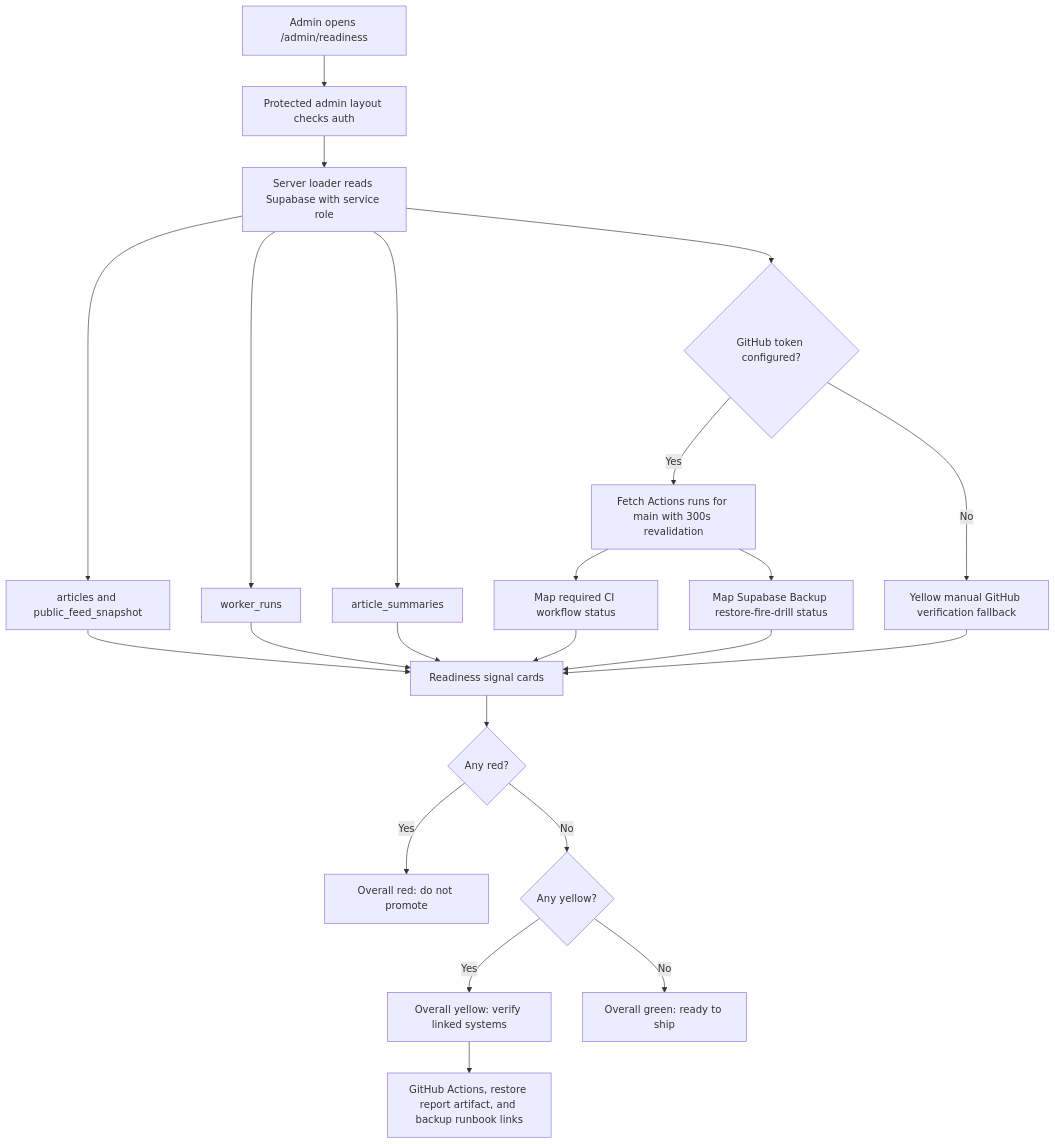
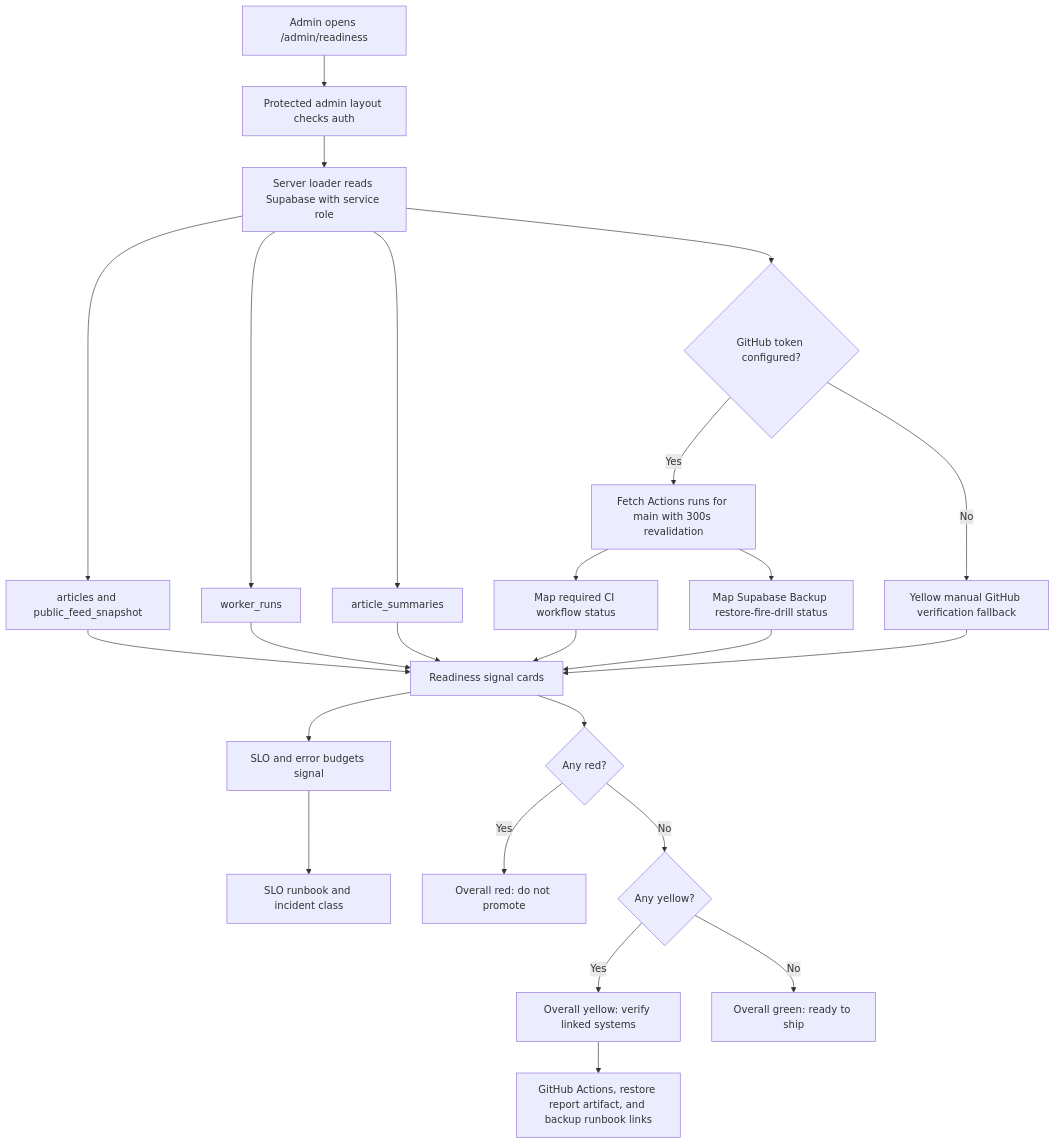
Before and after one commit to ramideltoro/nutsnews-docs: the diagram in PRODUCTION_READINESS_DASHBOARD.md, drawn with Mermaid. The commit also changed other lines of this file and 1 other file, not shown here.

Commit message:
Document SLOs and error budgets

````diff
--- a/PRODUCTION_READINESS_DASHBOARD.md
+++ b/PRODUCTION_READINESS_DASHBOARD.md
@@ -117,25 +119,27 @@
 ```mermaid
 flowchart TD
   A[Admin opens /admin/readiness] --> B[Protected admin layout checks auth]
   B --> C[Server loader reads Supabase with service role]
   C --> D[articles and public_feed_snapshot]
   C --> E[worker_runs]
   C --> F[article_summaries]
   C --> N{GitHub token configured?}
   N -->|Yes| O[Fetch Actions runs for main with 300s revalidation]
   O --> P[Map required CI workflow status]
   O --> R[Map Supabase Backup restore-fire-drill status]
   N -->|No| Q[Yellow manual GitHub verification fallback]
   D --> G[Readiness signal cards]
   E --> G
   F --> G
   P --> G
   R --> G
   Q --> G
+  G --> S[SLO and error budgets signal]
+  S --> T[SLO runbook and incident class]
   G --> H{Any red?}
   H -->|Yes| I[Overall red: do not promote]
   H -->|No| J{Any yellow?}
   J -->|Yes| K[Overall yellow: verify linked systems]
   J -->|No| L[Overall green: ready to ship]
   K --> M[GitHub Actions, restore report artifact, and backup runbook links]
 ```
````
